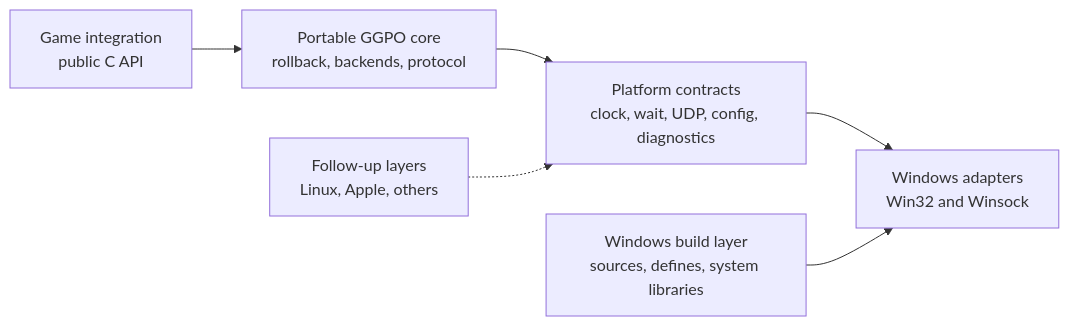
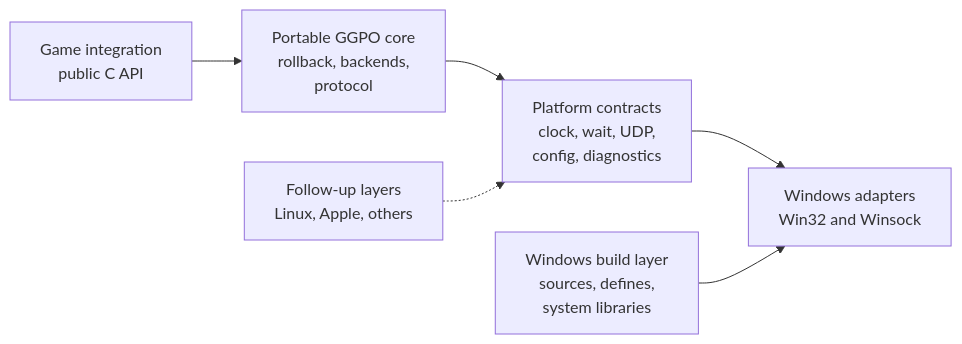
The first of 5 diagrams in doc/planning/2026-11-06-platform_agnostic_core/TECH_PLAN.md (irregularthanis/ggpo-next), drawn with Mermaid before and after one commit. The commit also changed other lines of this file and 9 other files, not shown here.

Commit message:
docs: wrap Mermaid diagram labels

````diff
--- a/doc/planning/2026-11-06-platform_agnostic_core/TECH_PLAN.md
+++ b/doc/planning/2026-11-06-platform_agnostic_core/TECH_PLAN.md
@@ -54,15 +54,15 @@
 ```mermaid
 flowchart LR
     Consumer["Game integration<br/>public C API"]
-    Core["Portable GGPO core<br/>rollback, backends, protocol"]
-    Contract["Platform contracts<br/>clock, wait, UDP, config, diagnostics"]
-    WinBuild["Windows build layer<br/>sources, defines, system libraries"]
+    Core["Portable GGPO core<br/>rollback, backends,<br/>protocol"]
+    Contract["Platform contracts<br/>clock, wait, UDP,<br/>config, diagnostics"]
+    WinBuild["Windows build layer<br/>sources, defines,<br/>system libraries"]
     WinImpl["Windows adapters<br/>Win32 and Winsock"]
     Future["Follow-up layers<br/>Linux, Apple, others"]
 
     Consumer --> Core
     Core --> Contract
     Contract --> WinImpl
     WinBuild --> WinImpl
     Future -.-> Contract
 ```
````
